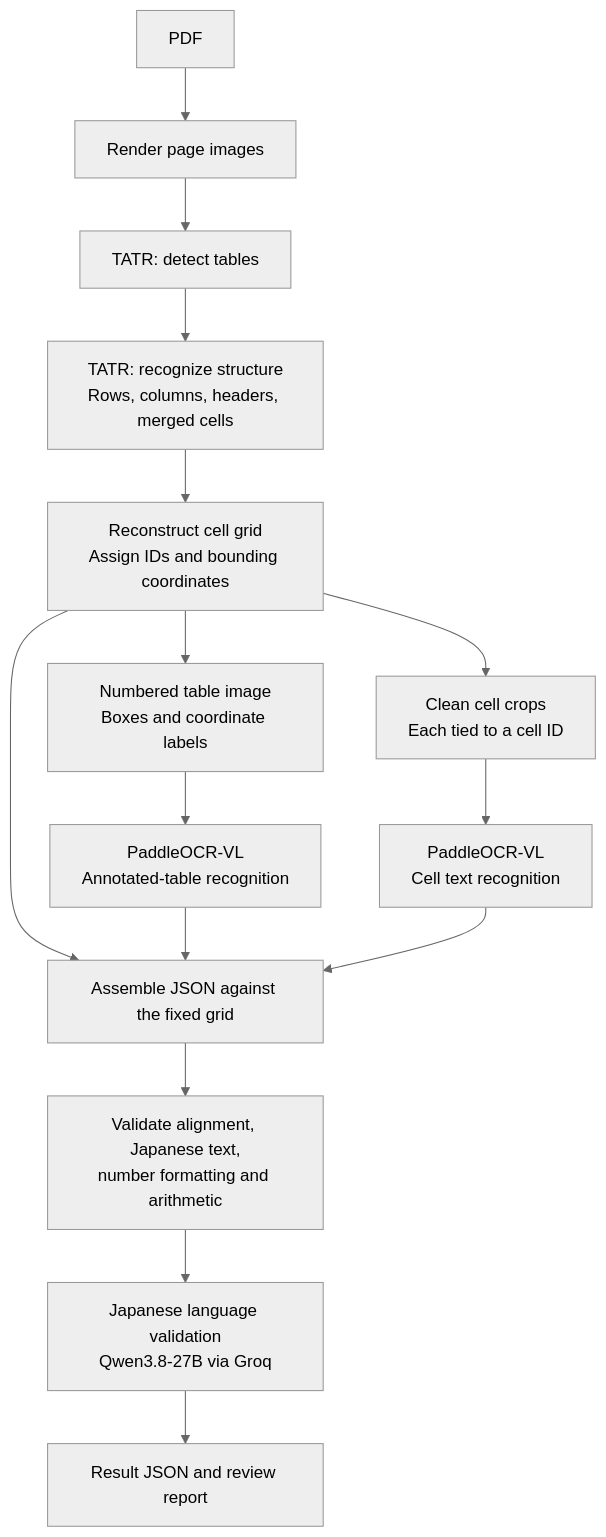
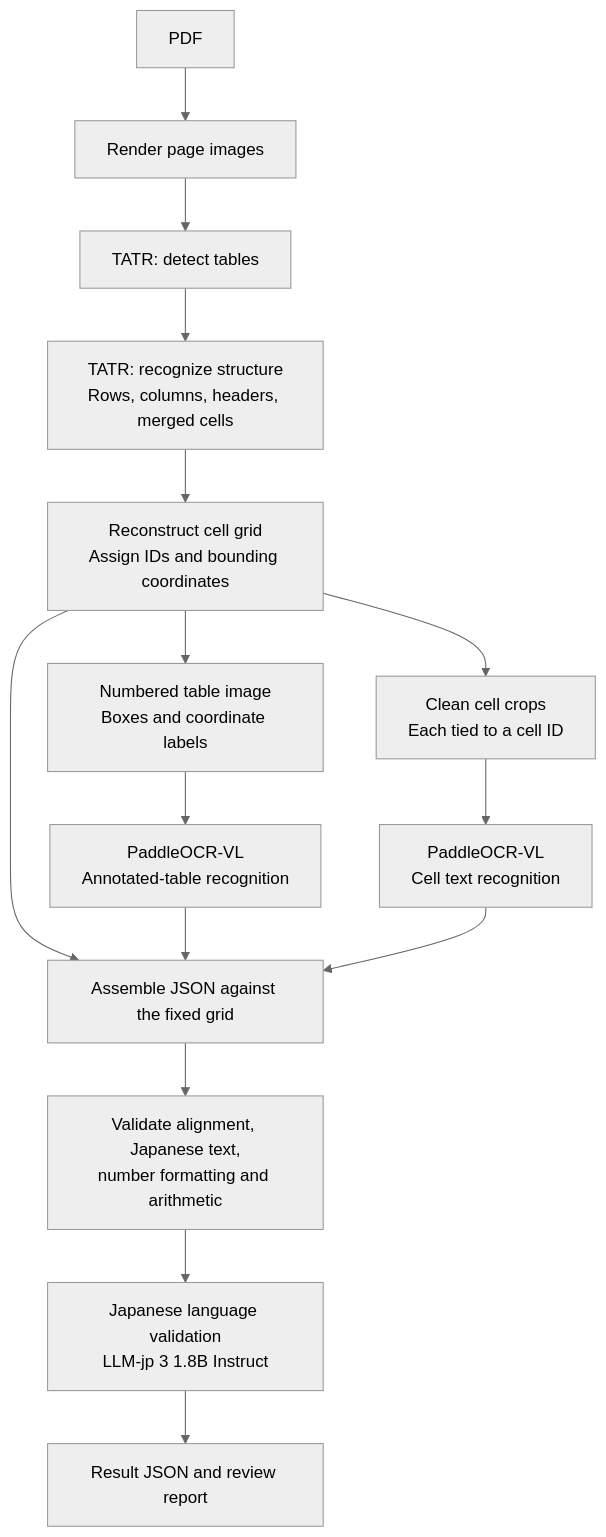
One commit to Himkeshtak/Ur-AI-Assignment changed the diagram in README.md. Above: the diagram before and after it, drawn with Mermaid (neutral theme). The commit also changed other lines of this file and 618 other files, not shown here.

````diff
--- a/README.md
+++ b/README.md
@@ -15,17 +12,17 @@
 ```mermaid
 flowchart TD
     A["PDF"] --> B["Render page images"]
     B --> C["TATR: detect tables"]
     C --> D["TATR: recognize structure<br/>Rows, columns, headers, merged cells"]
     D --> E["Reconstruct cell grid<br/>Assign IDs and bounding coordinates"]
     E --> F["Numbered table image<br/>Boxes and coordinate labels"]
     E --> G["Clean cell crops<br/>Each tied to a cell ID"]
     F --> H["PaddleOCR-VL<br/>Annotated-table recognition"]
     G --> I["PaddleOCR-VL<br/>Cell text recognition"]
     E --> J["Assemble JSON against the fixed grid"]
     H --> J
     I --> J
     J --> K["Validate alignment, Japanese text,<br/>number formatting and arithmetic"]
-    K --> M["Japanese language validation<br/>Qwen3.8-27B via Groq"]
+    K --> M["Japanese language validation<br/>LLM-jp 3 1.8B Instruct"]
     M --> L["Result JSON and review report"]
 ```
````
